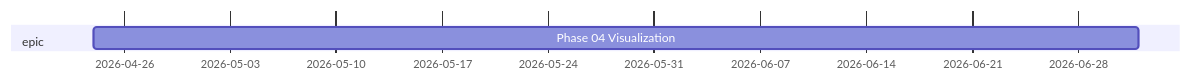
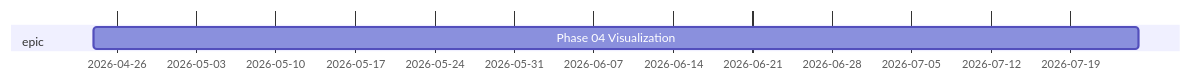
The diagram in views/roadmap-by-predecessor.md (jasdefer/Workdown), drawn with Mermaid before and after one commit. The commit also changed 51 other files, not shown here.

````diff
--- a/views/roadmap-by-predecessor.md
+++ b/views/roadmap-by-predecessor.md
@@ -5,6 +5,6 @@
 ```mermaid
 gantt
     dateFormat YYYY-MM-DD
     section epic
-    Phase 04 Visualization :phase-04-visualization, 2026-04-24, 2026-07-02
+    Phase 04 Visualization :phase-04-visualization, 2026-04-24, 2026-07-25
 ```
````
